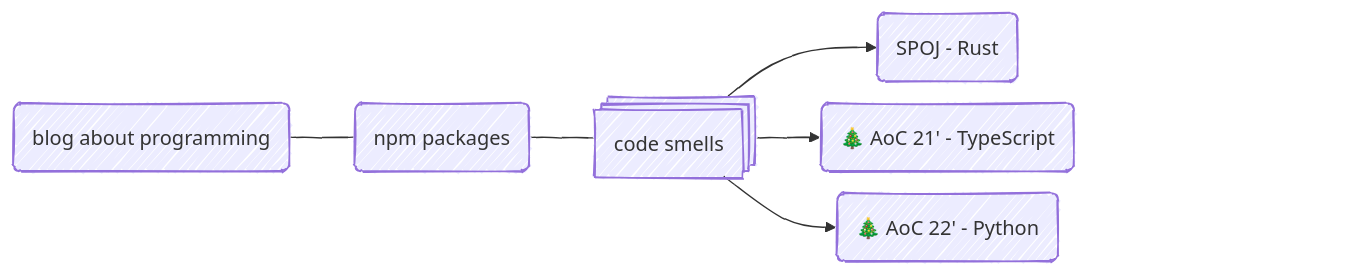
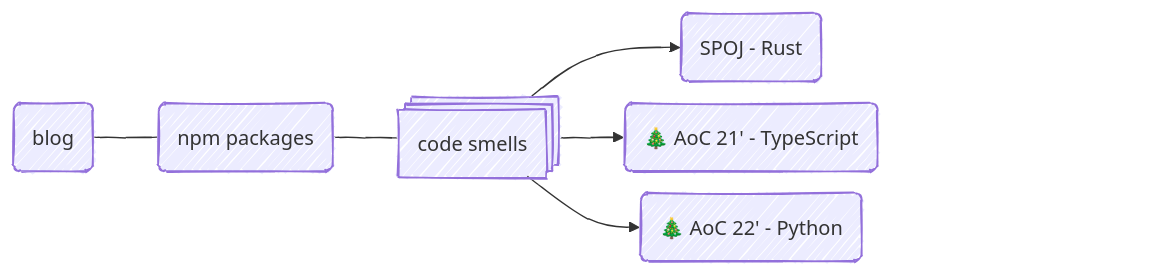
The diagram in README.md (twistezo/twistezo), drawn with Mermaid before and after one commit.

````diff
--- a/README.md
+++ b/README.md
@@ -1,35 +1,35 @@
 ```mermaid
 ---
 config:
   look: handDrawn
   securityLevel: antiscript
   flowchart:
     diagramPadding: 0
     nodeSpacing: 15
     rankSpacing: 50
     padding: 15
 ---
 flowchart LR
-    BLOG(blog about programming)
+    BLOG(blog)
     NPM(npm packages)
     CODE@{ shape: st-rect, label: "code smells"}
     A(SPOJ - Rust)
     B(🎄 AoC 21' - TypeScript)
     C(🎄 AoC 22' - Python)
 
     BLOG --- NPM --- CODE
     CODE --> A
     CODE --> B ~~~ END ~~~ END
     CODE --> C
 
-    click BLOG href "https://twistezo.github.io/blog/" "Tooltip" _blank
-    click NPM href "https://www.npmjs.com/~twistezo" "Tooltip" _blank
-    click A href "https://github.com/twistezo/spoj-tournament" "Tooltip" _blank
-    click B href "https://github.com/twistezo/advent-of-code-2021" "Tooltip" _blank
-    click C href "https://github.com/twistezo/advent-of-code-2021" "Tooltip" _blank
+    click BLOG href "https://twistezo.github.io/blog/" _blank
+    click NPM href "https://www.npmjs.com/~twistezo" _blank
+    click A href "https://github.com/twistezo/spoj-tournament" _blank
+    click B href "https://github.com/twistezo/advent-of-code-2021" _blank
+    click C href "https://github.com/twistezo/advent-of-code-2021" _blank
 
     classDef hidden display: none
     class END hidden
     class BLOG,NPM,CODE,A,B,C link
     classDef link text-decoration: none
 ```
````
